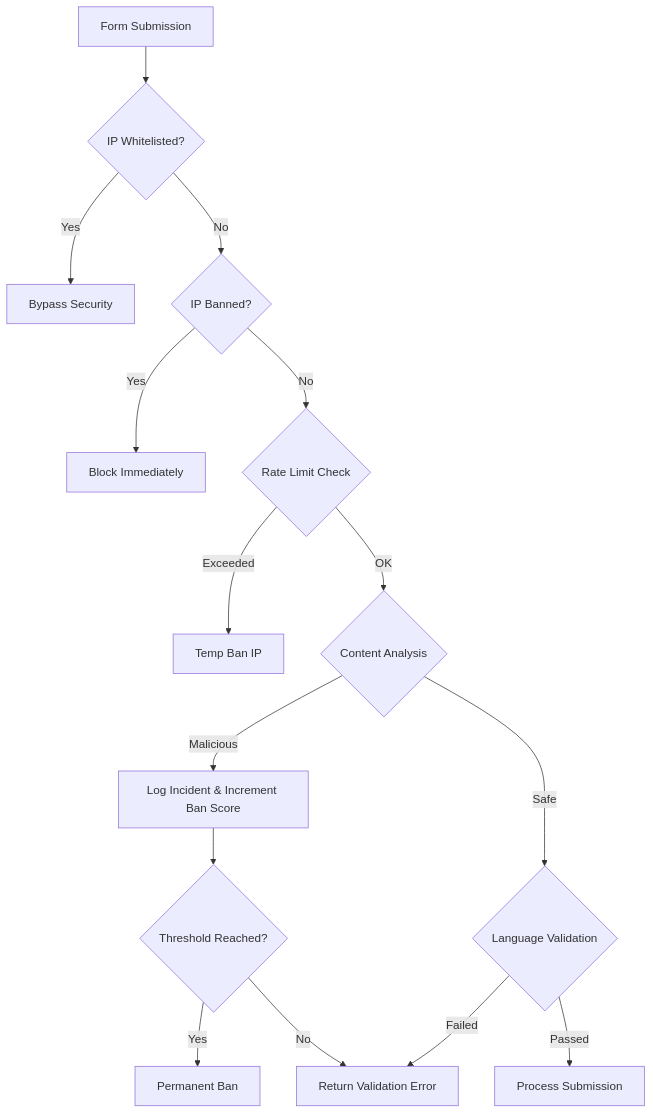
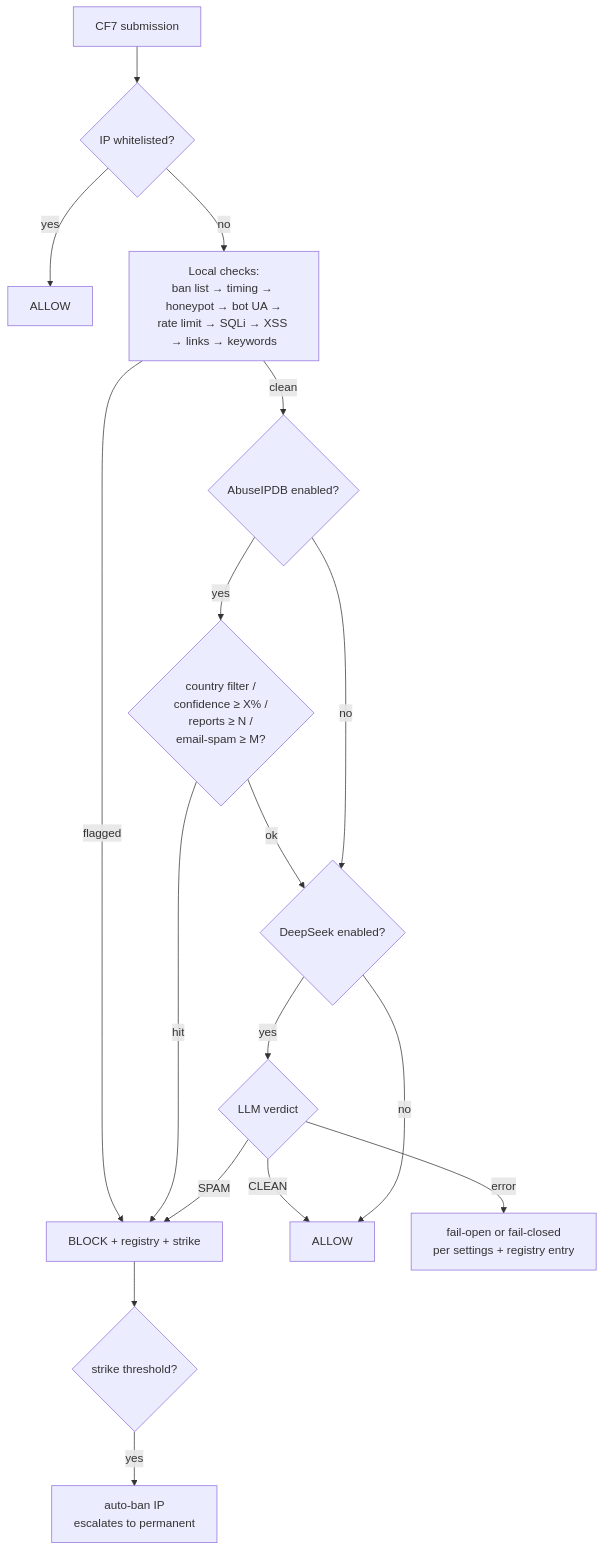
One commit to paulmann/Contact-Form-7-LLM-Spam-Checker changed the diagram in README.md. Above: the diagram before and after it, drawn with Mermaid. The commit also changed other lines of this file and 118 other files, not shown here.

````diff
--- a/README.md
+++ b/README.md
@@ -84,17 +85,19 @@
 ```mermaid
-graph TD
-    A[Form Submission] --> B{IP Whitelisted?}
-    B -- Yes --> C[Bypass Security]
-    B -- No --> D{IP Banned?}
-    D -- Yes --> E[Block Immediately]
-    D -- No --> F{Rate Limit Check}
-    F -- Exceeded --> G[Temp Ban IP]
-    F -- OK --> H{Content Analysis}
-    H -- Malicious --> I[Log Incident & Increment Ban Score]
-    H -- Safe --> J{Language Validation}
-    J -- Failed --> K[Return Validation Error]
-    J -- Passed --> L[Process Submission]
-    I --> M{Threshold Reached?}
-    M -- Yes --> N[Permanent Ban]
-    M -- No --> K
+flowchart TD
+    A[CF7 submission] --> W{IP whitelisted?}
+    W -- yes --> P1[ALLOW]
+    W -- no --> L[Local checks:<br/>ban list → timing → honeypot → bot UA →<br/>rate limit → SQLi → XSS → links → keywords]
+    L -- flagged --> B[BLOCK + registry + strike]
+    L -- clean --> R{AbuseIPDB enabled?}
+    R -- yes --> R1{country filter /<br/>confidence ≥ X% /<br/>reports ≥ N /<br/>email-spam ≥ M?}
+    R1 -- hit --> B
+    R1 -- ok --> K{DeepSeek enabled?}
+    R -- no --> K
+    K -- yes --> K1{LLM verdict}
+    K1 -- SPAM --> B
+    K1 -- CLEAN --> P2[ALLOW]
+    K1 -- error --> F[fail-open or fail-closed<br/>per settings + registry entry]
+    K -- no --> P2
+    B --> S{strike threshold?}
+    S -- yes --> BAN[auto-ban IP<br/>escalates to permanent]
 ```
````
